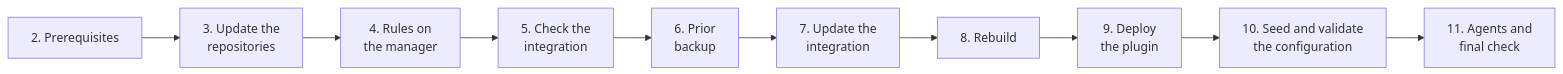
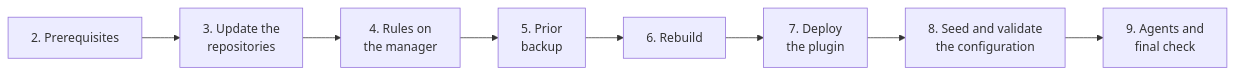
One commit to arseniteio/power-ens changed the diagram in docs/deployment/02-updating-an-existing-environment.en.md. Above: the diagram before and after it, drawn with Mermaid. The commit also changed other lines of this file and 11 other files, not shown here.

````diff
--- a/docs/deployment/02-updating-an-existing-environment.en.md
+++ b/docs/deployment/02-updating-an-existing-environment.en.md
@@ -12,12 +17,10 @@
 ```mermaid
 flowchart LR
   A["2. Prerequisites"] --> B["3. Update the<br/>repositories"]
   B --> C["4. Rules on<br/>the manager"]
-  C --> D["5. Check the<br/>integration"]
-  D --> E["6. Prior<br/>backup"]
-  E --> F["7. Update the<br/>integration"]
-  F --> G["8. Rebuild"]
-  G --> H["9. Deploy<br/>the plugin"]
-  H --> I["10. Seed and validate<br/>the configuration"]
-  I --> J["11. Agents and<br/>final check"]
+  C --> D["5. Prior<br/>backup"]
+  D --> E["6. Rebuild"]
+  E --> F["7. Deploy<br/>the plugin"]
+  F --> G["8. Seed and validate<br/>the configuration"]
+  G --> H["9. Agents and<br/>final check"]
 ```
````
